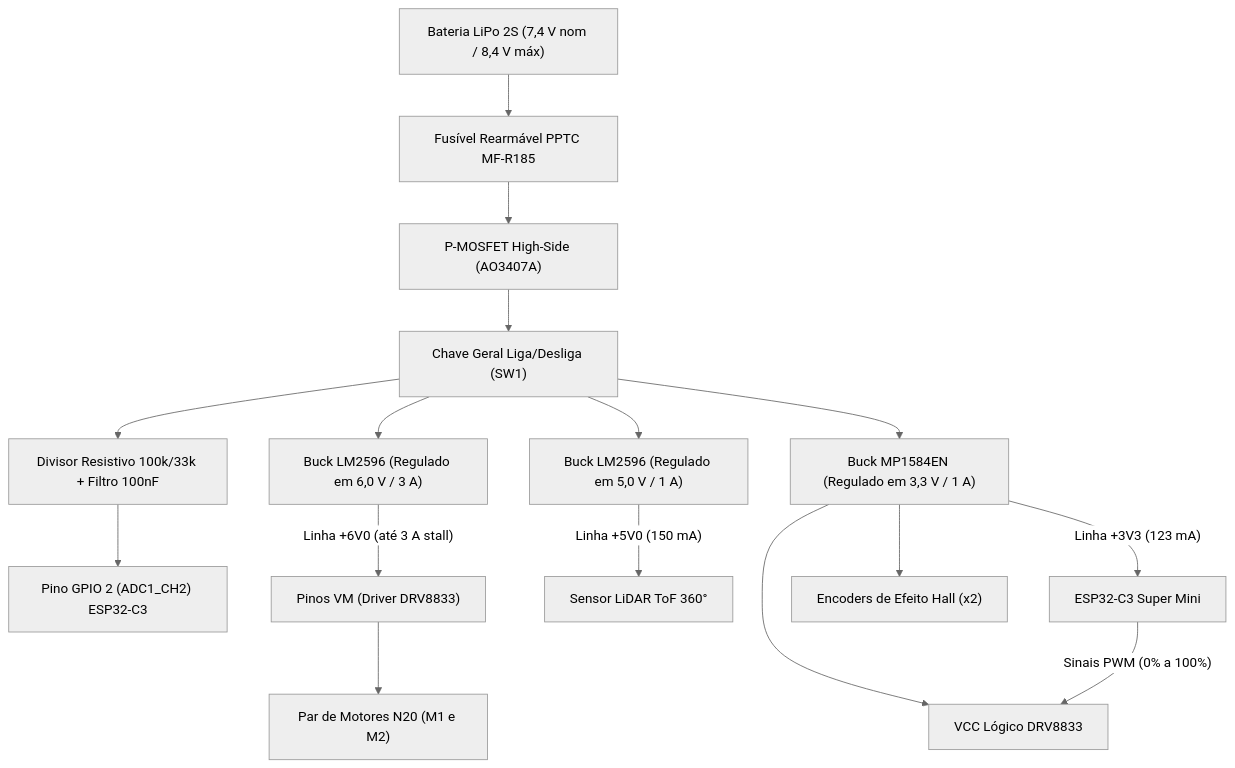
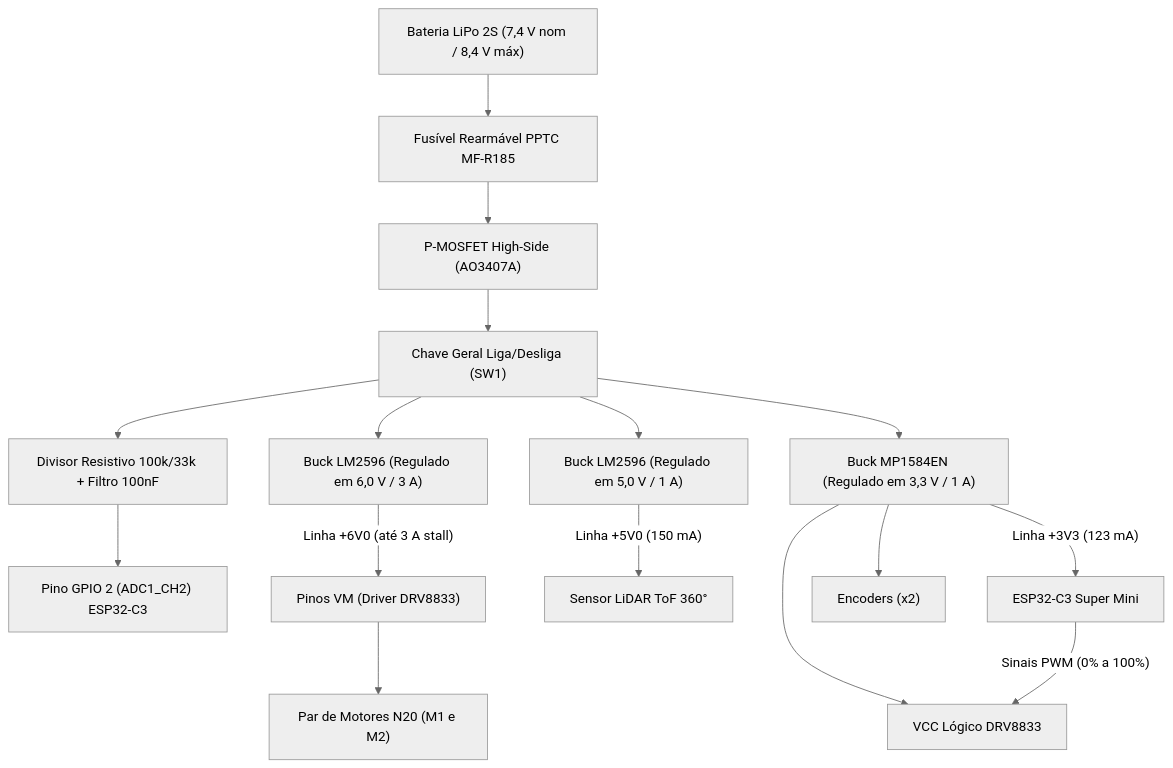
One commit to fcte-pi1/2026_2_PI1_Grupo01_Hilmer changed the diagram in docs/04-projeto-conceitual/energia/reguladores-buck.md. Above: the diagram before and after it, drawn with Mermaid (neutral theme). The commit also changed other lines of this file, not shown here.

Commit message:
Remove o tipo dos encoders no dimensionamento dos reguladores

````diff
--- a/docs/04-projeto-conceitual/energia/reguladores-buck.md
+++ b/docs/04-projeto-conceitual/energia/reguladores-buck.md
@@ -144,24 +144,24 @@
 ```mermaid
 flowchart TD
     BAT["Bateria LiPo 2S (7,4 V nom / 8,4 V máx)"] --> FUSE["Fusível Rearmável PPTC MF-R185"]
     FUSE --> PMOS["P-MOSFET High-Side (AO3407A)"]
     PMOS --> SW1["Chave Geral Liga/Desliga (SW1)"]
     
     SW1 --> DIV["Divisor Resistivo 100k/33k + Filtro 100nF"]
     DIV --> ADC["Pino GPIO 2 (ADC1_CH2) ESP32-C3"]
 
     SW1 --> BUCK_6V["Buck LM2596 (Regulado em 6,0 V / 3 A)"]
     SW1 --> BUCK_5V["Buck LM2596 (Regulado em 5,0 V / 1 A)"]
     SW1 --> BUCK_3V3["Buck MP1584EN (Regulado em 3,3 V / 1 A)"]
 
     BUCK_6V -->|"Linha +6V0 (até 3 A stall)"| DRV_VM["Pinos VM (Driver DRV8833)"]
     DRV_VM --> MOTORES["Par de Motores N20 (M1 e M2)"]
 
     BUCK_5V -->|"Linha +5V0 (150 mA)"| LIDAR["Sensor LiDAR ToF 360°"]
 
     BUCK_3V3 -->|"Linha +3V3 (123 mA)"| MCU["ESP32-C3 Super Mini"]
-    BUCK_3V3 --> ENCODERS["Encoders de Efeito Hall (x2)"]
+    BUCK_3V3 --> ENCODERS["Encoders (x2)"]
     BUCK_3V3 --> DRV_LOGIC["VCC Lógico DRV8833"]
 
     MCU -->|"Sinais PWM (0% a 100%)"| DRV_LOGIC
 ```
````
